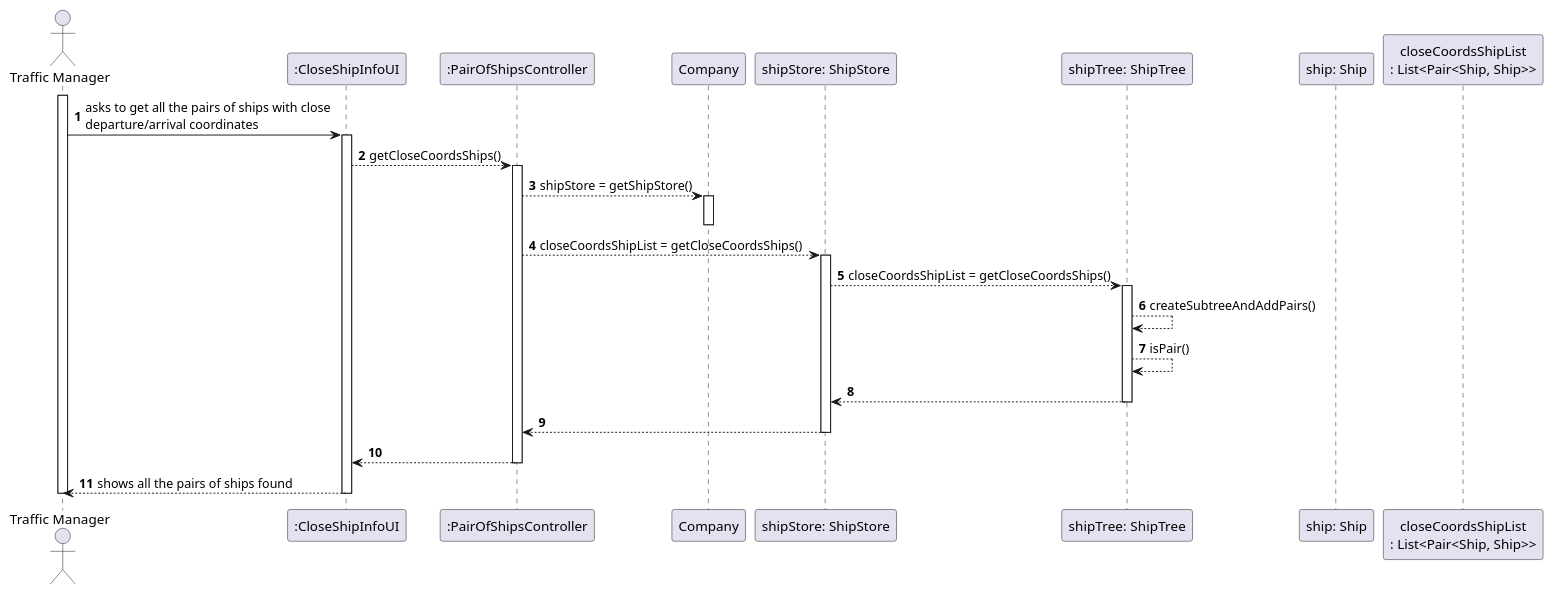
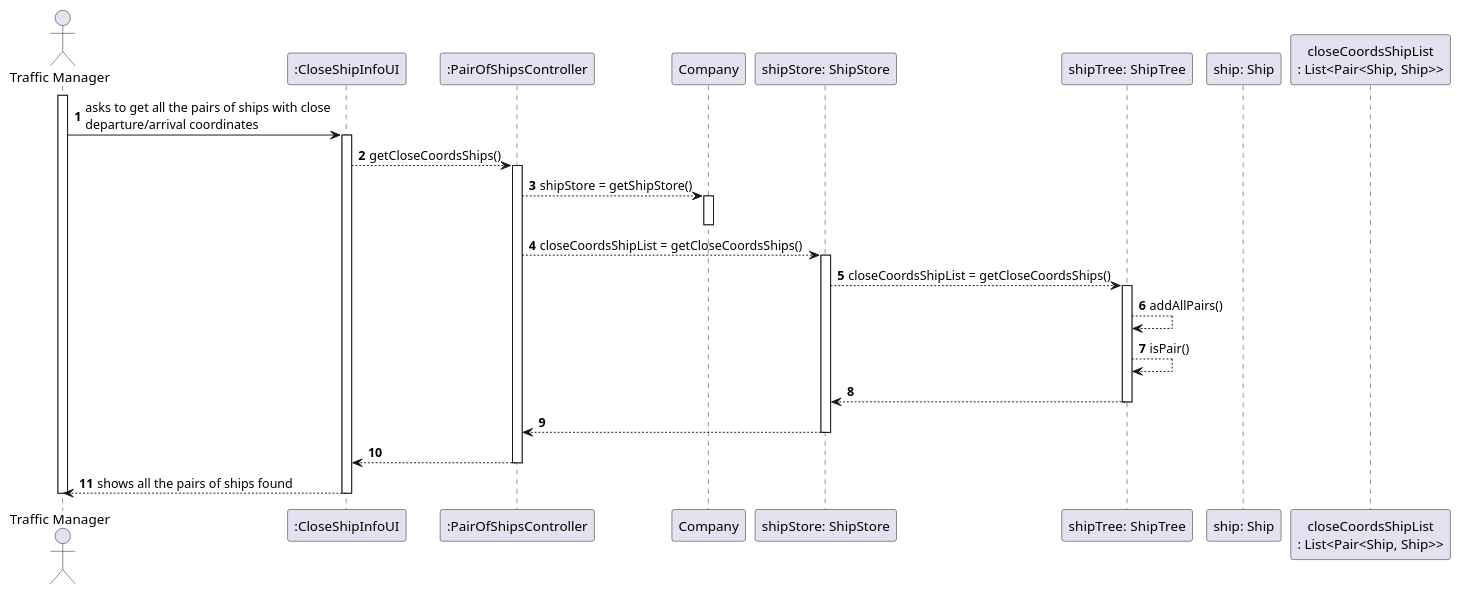
One commit to mpoboas/lapr3-2021-g102 changed the diagram in docs/Sprint1/US107/US107_SD.puml. Above: the diagram before and after it, drawn with PlantUML. The commit also changed 2 other files, not shown here.

```diff
--- a/docs/Sprint1/US107/US107_SD.puml
+++ b/docs/Sprint1/US107/US107_SD.puml
@@ -1,38 +1,38 @@
 @startuml
 autonumber
 'hide footbox
 actor "Traffic Manager" as TF
 
 participant ":CloseShipInfoUI" as UI
 participant ":PairOfShipsController" as CTRL
 participant "Company" as COMP
 participant "shipStore: ShipStore" as STR
 participant "shipTree: ShipTree" as TREE
 participant "ship: Ship" as SHIP
 participant "closeCoordsShipList\n: List<Pair<Ship, Ship>>"
 
 activate TF
 TF -> UI : asks to get all the pairs of ships with close\ndeparture/arrival coordinates
 activate UI
 UI --> CTRL : getCloseCoordsShips()
 activate CTRL
 CTRL --> COMP : shipStore = getShipStore()
 activate COMP
 deactivate COMP
 CTRL --> STR : closeCoordsShipList = getCloseCoordsShips()
 activate STR
 STR --> TREE : closeCoordsShipList = getCloseCoordsShips()
 activate TREE
-TREE --> TREE : createSubtreeAndAddPairs()
+TREE --> TREE : addAllPairs()
 TREE --> TREE : isPair()
 TREE --> STR
 deactivate TREE
 STR --> CTRL
 deactivate STR
 CTRL --> UI
 deactivate CTRL
 UI --> TF : shows all the pairs of ships found
 deactivate UI
 deactivate TF
 
 @enduml
```
